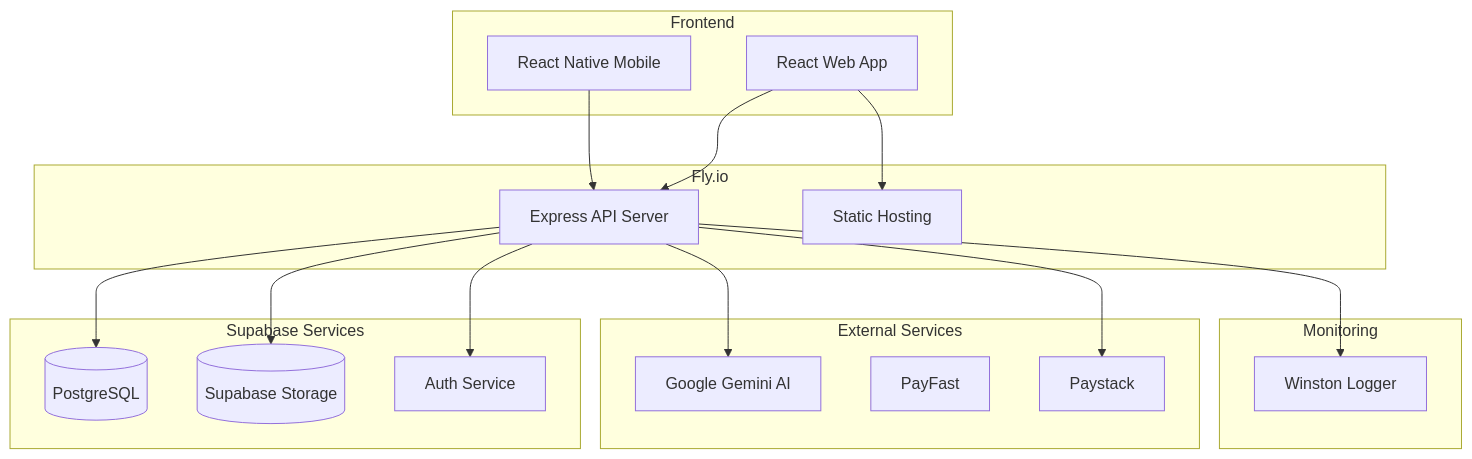
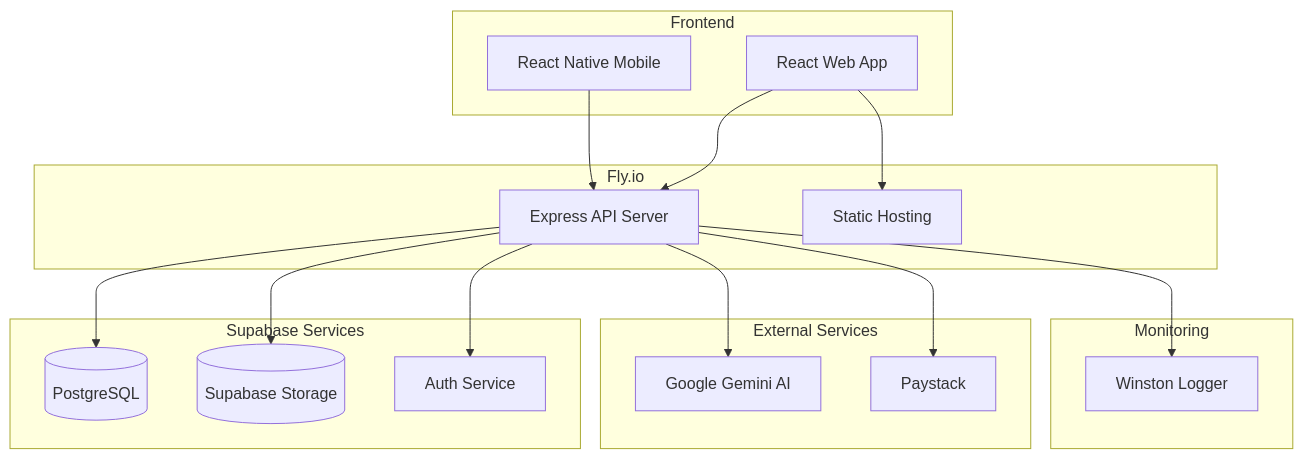
One commit to AllanDzingo/caps360 changed the diagram in docs/architecture.md. Above: the diagram before and after it, drawn with Mermaid. The commit also changed other lines of this file and 21 other files, not shown here.

Commit message:
Final cleanup: Remove all traces of PayFast/Stripe and secure repository

````diff
--- a/docs/architecture.md
+++ b/docs/architecture.md
@@ -7,38 +7,37 @@
 ```mermaid
 graph TB
     subgraph "Frontend"
         WEB[React Web App]
         MOBILE[React Native Mobile]
     end
     
     subgraph "Fly.io"
         API[Express API Server]
         STATIC[Static Hosting]
     end
     
     subgraph "Supabase Services"
         DB[(PostgreSQL)]
         STORAGE[(Supabase Storage)]
         AUTH[Auth Service]
     end
     
     subgraph "External Services"
         GEMINI[Google Gemini AI]
-        PAYFAST[PayFast]
         PAYSTACK[Paystack]
     end
     
     subgraph "Monitoring"
         LOGGING[Winston Logger]
     end
     
     WEB --> API
     MOBILE --> API
     WEB --> STATIC
     API --> DB
     API --> STORAGE
     API --> AUTH
     API --> GEMINI
     API --> PAYSTACK
     API --> LOGGING
 ```
````
